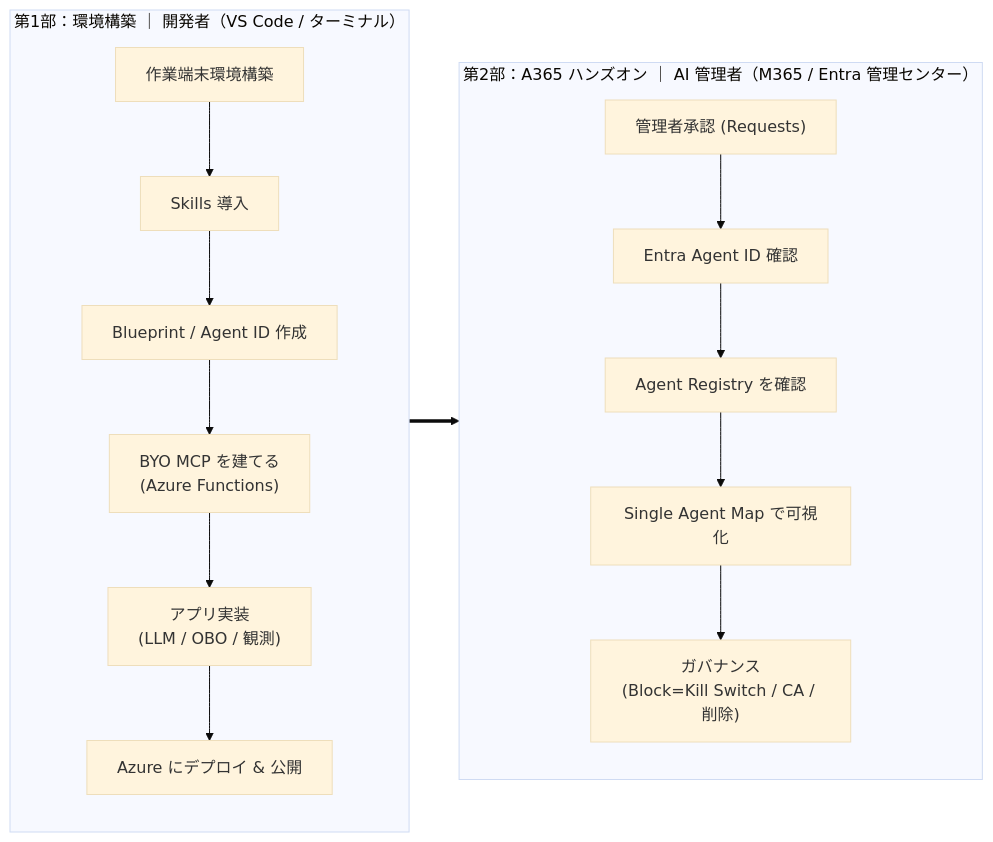
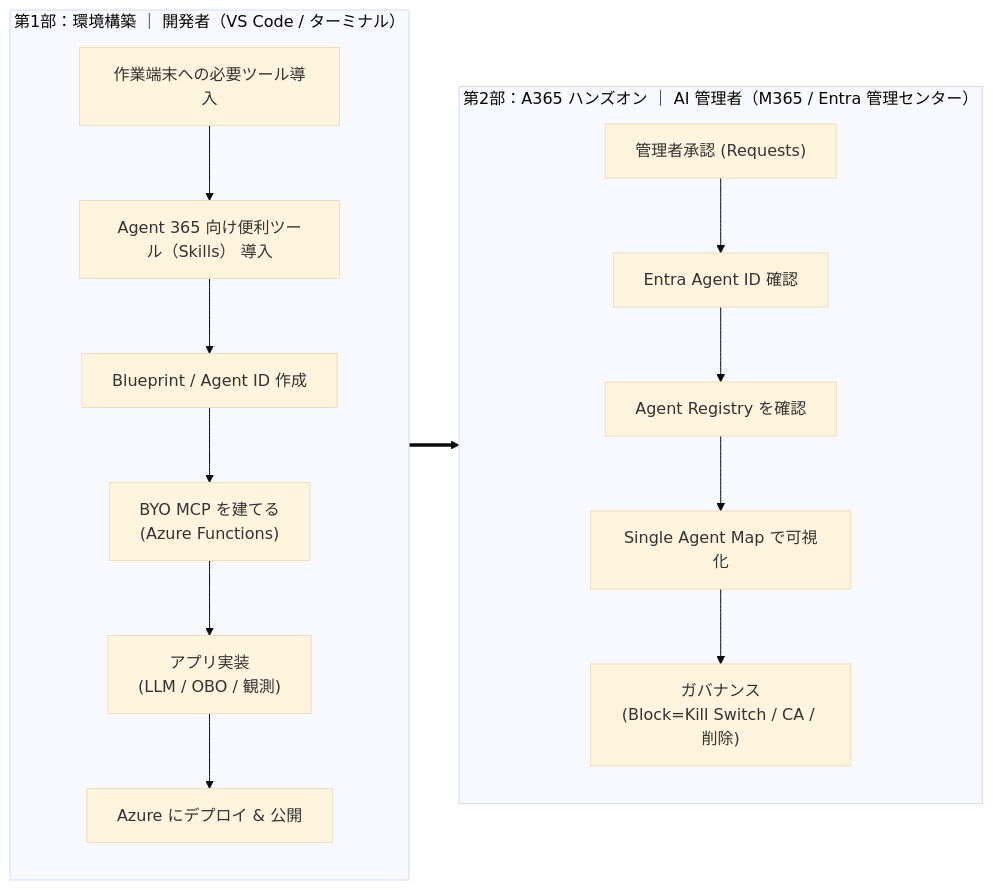
One commit to fatman3110/Agent365-Training changed the diagram in README.MD. Above: the diagram before and after it, drawn with Mermaid (base theme). The commit also changed other lines of this file, not shown here.

````diff
--- a/README.MD
+++ b/README.MD
@@ -25,16 +25,16 @@
 ```mermaid
 flowchart LR
     subgraph P1["第1部：環境構築 ｜ 開発者（VS Code / ターミナル）"]
         direction TB
-        A1["作業端末環境構築"] --> A2["Skills 導入"] --> A3["Blueprint / Agent ID 作成"]
+        A1["作業端末への必要ツール導入"] --> A2["Agent 365 向け便利ツール（Skills） 導入"] --> A3["Blueprint / Agent ID 作成"]
         A3 --> A4["BYO MCP を建てる<br/>(Azure Functions)"] --> A5["アプリ実装<br/>(LLM / OBO / 観測)"]
         A5 --> A6["Azure にデプロイ & 公開"]
     end
     subgraph P2["第2部：A365 ハンズオン ｜ AI 管理者（M365 / Entra 管理センター）"]
         direction TB
         B1["管理者承認 (Requests)"] --> B2["Entra Agent ID 確認"]
         B2 --> B3["Agent Registry を確認"] --> B4["Single Agent Map で可視化"]
         B4 --> B5["ガバナンス<br/>(Block=Kill Switch / CA / 削除)"]
     end
     A6 ==> B1
 ```
````
